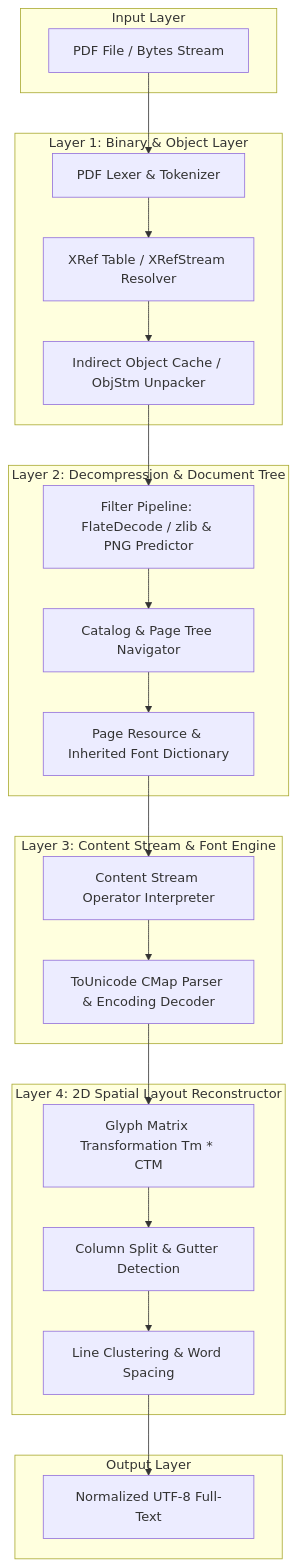
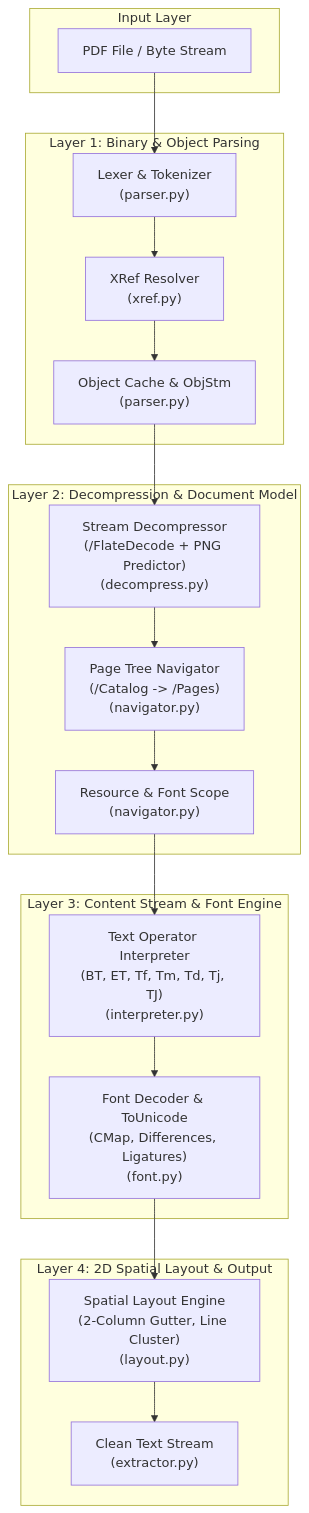
One commit to rokujyouhitoma/arxiv-security-papers changed the first of 2 diagrams in docs/designs/DSN-13-pure_python_pdf_text_extractor.md. Above: the diagram before and after it, drawn with Mermaid. The commit also changed other lines of this file, not shown here.

Commit message:
docs(design): upgrade DSN-13 pure Python PDF text extractor to DSN-05 format with real dataset evaluation

````diff
--- a/docs/designs/DSN-13-pure_python_pdf_text_extractor.md
+++ b/docs/designs/DSN-13-pure_python_pdf_text_extractor.md
@@ -32,35 +103,39 @@
 ```mermaid
 graph TD
     subgraph "Input Layer"
-        A[PDF File / Bytes Stream]
+        PDF[PDF File / Byte Stream]
     end
 
-    subgraph "Layer 1: Binary & Object Layer"
-        B[PDF Lexer & Tokenizer]
-        C[XRef Table / XRefStream Resolver]
-        D[Indirect Object Cache / ObjStm Unpacker]
+    subgraph "Layer 1: Binary & Object Parsing"
+        LX["Lexer & Tokenizer<br/>(parser.py)"]
+        XR["XRef Resolver<br/>(xref.py)"]
+        OBJ["Object Cache & ObjStm<br/>(parser.py)"]
     end
 
-    subgraph "Layer 2: Decompression & Document Tree"
-        E[Filter Pipeline: FlateDecode / zlib & PNG Predictor]
-        F[Catalog & Page Tree Navigator]
-        G[Page Resource & Inherited Font Dictionary]
+    subgraph "Layer 2: Decompression & Document Model"
+        DEC["Stream Decompressor<br/>(/FlateDecode + PNG Predictor)<br/>(decompress.py)"]
+        NAV["Page Tree Navigator<br/>(/Catalog -> /Pages)<br/>(navigator.py)"]
+        RES["Resource & Font Scope<br/>(navigator.py)"]
     end
 
     subgraph "Layer 3: Content Stream & Font Engine"
-        H[Content Stream Operator Interpreter]
-        I[ToUnicode CMap Parser & Encoding Decoder]
+        INT["Text Operator Interpreter<br/>(BT, ET, Tf, Tm, Td, Tj, TJ)<br/>(interpreter.py)"]
+        FNT["Font Decoder & ToUnicode<br/>(CMap, Differences, Ligatures)<br/>(font.py)"]
     end
 
-    subgraph "Layer 4: 2D Spatial Layout Reconstructor"
-        J[Glyph Matrix Transformation Tm * CTM]
-        K[Column Split & Gutter Detection]
-        L[Line Clustering & Word Spacing]
+    subgraph "Layer 4: 2D Spatial Layout & Output"
+        LAY["Spatial Layout Engine<br/>(2-Column Gutter, Line Cluster)<br/>(layout.py)"]
+        OUT["Clean Text Stream<br/>(extractor.py)"]
     end
 
-    subgraph "Output Layer"
-        M[Normalized UTF-8 Full-Text]
-    end
-
-    A --> B --> C --> D --> E --> F --> G --> H --> I --> J --> K --> L --> M
+    PDF --> LX
+    LX --> XR
+    XR --> OBJ
+    OBJ --> DEC
+    DEC --> NAV
+    NAV --> RES
+    RES --> INT
+    INT --> FNT
+    FNT --> LAY
+    LAY --> OUT
 ```
````
